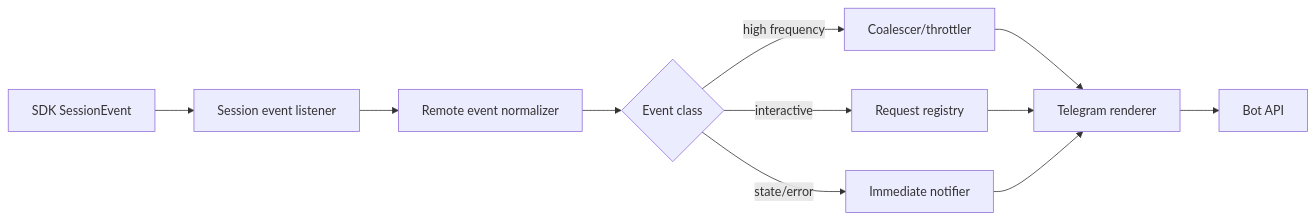
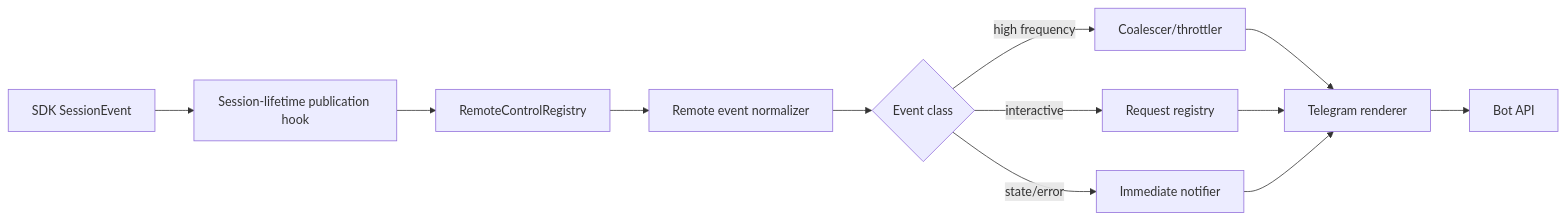
Before and after one commit to SachiHarshitha/vscode-telegram: diagram 12 of 14 in extensions/copilot/docs/telegram-remote/CALL_FLOWS.md, drawn with Mermaid. The commit also changed other lines of this file and 11 other files, not shown here.

````diff
--- a/extensions/copilot/docs/telegram-remote/CALL_FLOWS.md
+++ b/extensions/copilot/docs/telegram-remote/CALL_FLOWS.md
@@ -251,13 +300,14 @@
 ```mermaid
 flowchart LR
-    A[SDK SessionEvent] --> B[Session event listener]
-    B --> C[Remote event normalizer]
-    C --> D{Event class}
+    A[SDK SessionEvent] --> B[Session-lifetime publication hook]
+    B --> C[RemoteControlRegistry]
+    C --> N[Remote event normalizer]
+    N --> D{Event class}
     D -->|high frequency| E[Coalescer/throttler]
     D -->|interactive| F[Request registry]
     D -->|state/error| G[Immediate notifier]
     E --> H[Telegram renderer]
     F --> H
     G --> H
     H --> I[Bot API]
 ```
````
